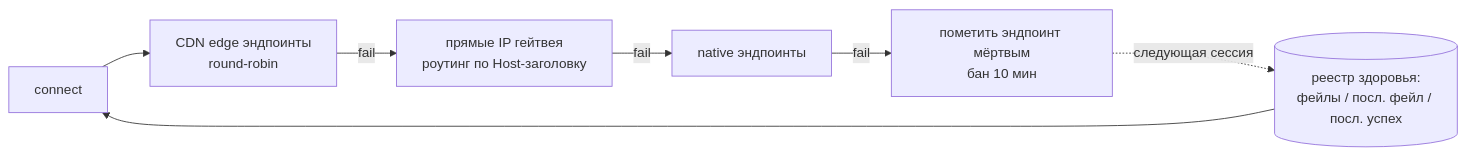
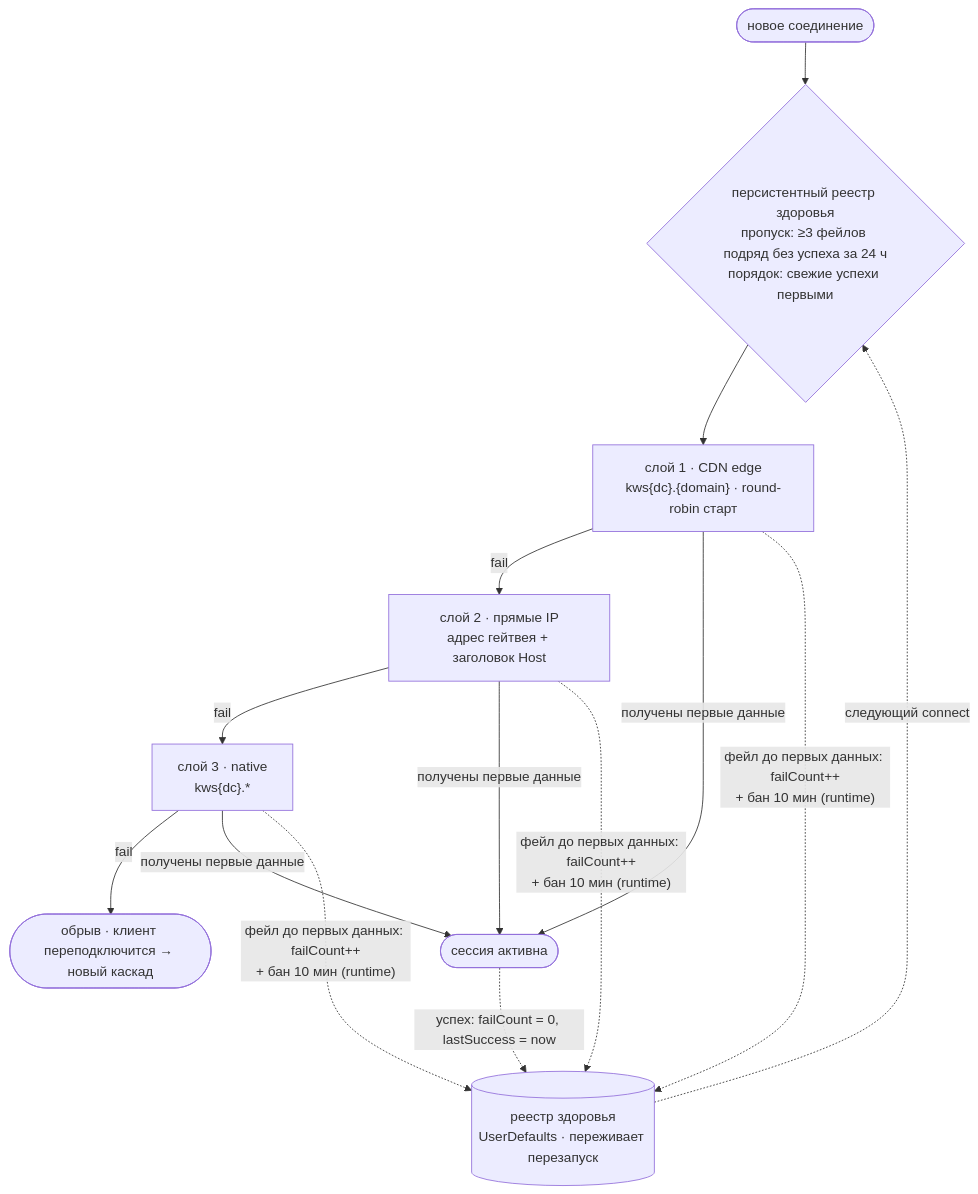
Before and after one commit to l1ratch/WSBridge-iOS: the second of 2 diagrams in README.ru.md, drawn with Mermaid. The commit also changed other lines of this file and 1 other file, not shown here.

Commit message:
docs: replace ASCII/crude diagrams with proper mermaid flowcharts (en+ru)

````diff
--- a/README.ru.md
+++ b/README.ru.md
@@ -34,9 +34,12 @@
 ```mermaid
-graph LR
-    A[connect] --> B[CDN edge эндпоинты<br/>round-robin]
-    B -->|fail| C[прямые IP гейтвея<br/>роутинг по Host-заголовку]
-    C -->|fail| D[native эндпоинты]
-    D -->|fail| E[пометить эндпоинт мёртвым<br/>бан 10 мин]
-    E -.следующая сессия.-> R[(реестр здоровья:<br/>фейлы / посл. фейл / посл. успех)]
-    R --> A
+flowchart TD
+    A(["новое соединение"]) --> B{"персистентный реестр здоровья<br/>пропуск: ≥3 фейлов подряд без успеха за 24 ч<br/>порядок: свежие успехи первыми"}
+    B --> T1["слой 1 · CDN edge<br/>kws{dc}.{domain} · round-robin старт"]
+    T1 -->|fail| T2["слой 2 · прямые IP<br/>адрес гейтвея + заголовок Host"]
+    T2 -->|fail| T3["слой 3 · native<br/>kws{dc}.*"]
+    T3 -->|fail| X(["обрыв · клиент переподключится → новый каскад"])
+    T1 & T2 & T3 -->|получены первые данные| OK(["сессия активна"])
+    OK -.->|"успех: failCount = 0, lastSuccess = now"| R[("реестр здоровья<br/>UserDefaults · переживает перезапуск")]
+    T1 & T2 & T3 -.->|"фейл до первых данных: failCount++<br/>+ бан 10 мин (runtime)"| R
+    R -.->|следующий connect| B
 ```
````
